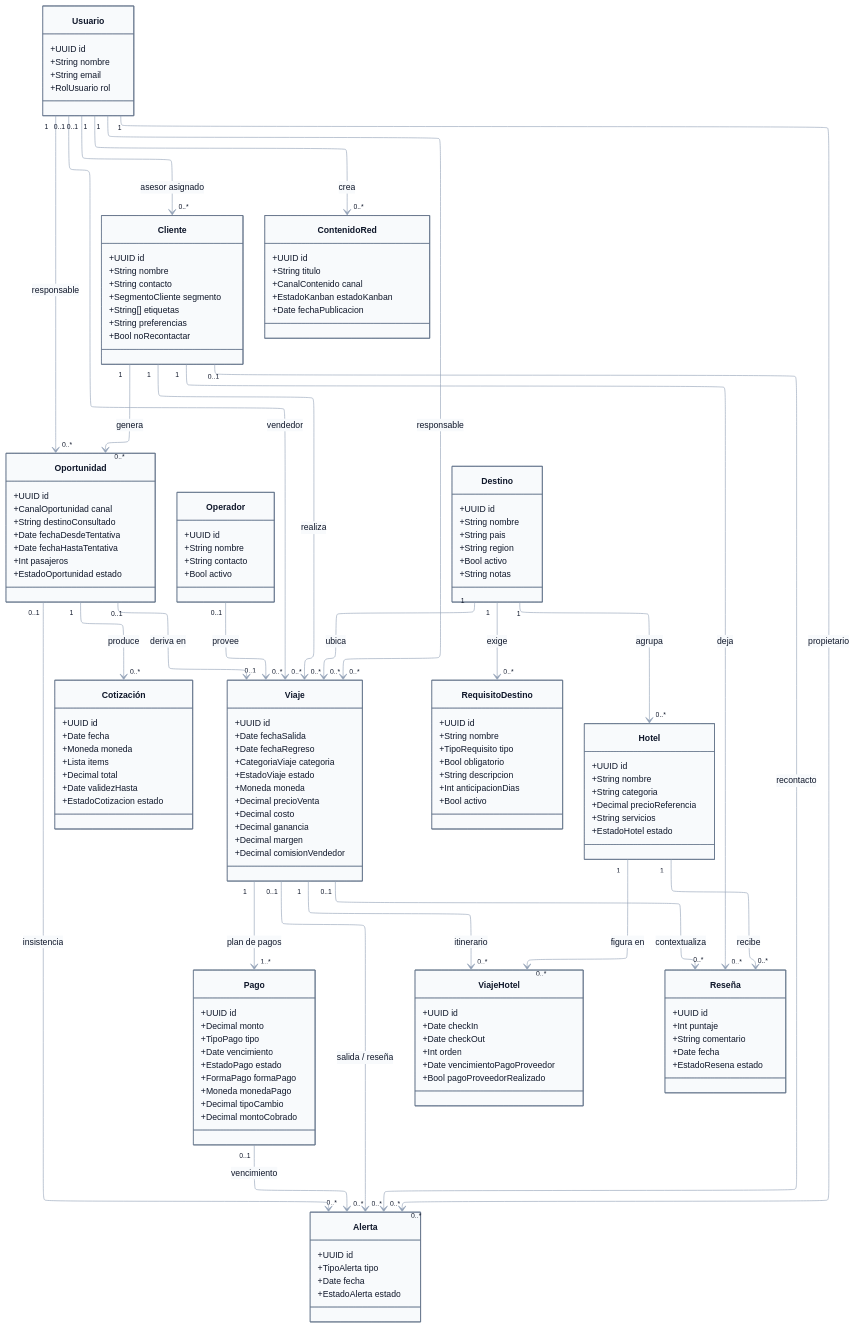
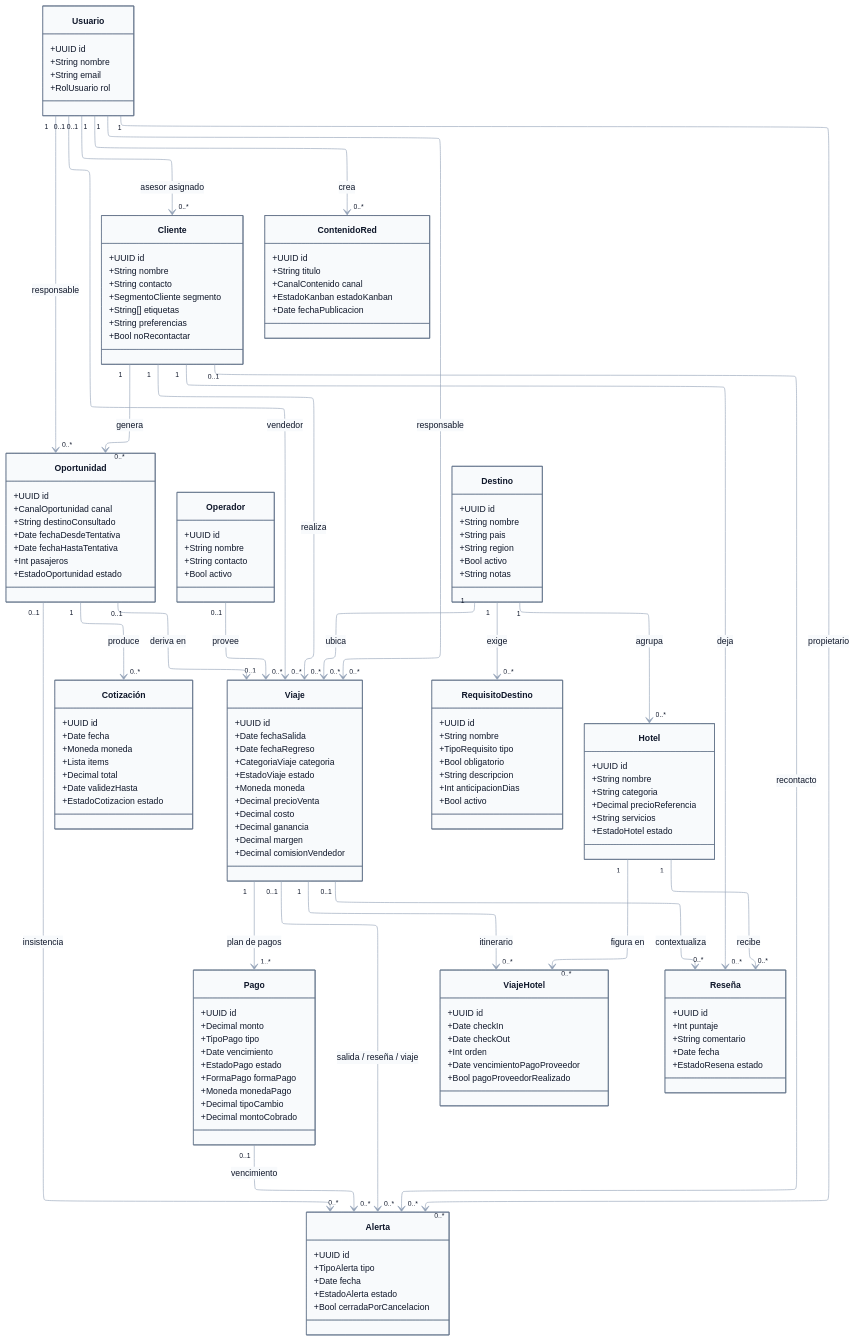
The first of 4 diagrams in 03-Dominio/Diagramas/DGM — Diagrama de clases.md (FranLuciano04/Vault-Rumbo), drawn with Mermaid before and after one commit. The commit also changed other lines of this file and 84 other files, not shown here.

```diff
--- a/03-Dominio/Diagramas/DGM — Diagrama de clases.md
+++ b/03-Dominio/Diagramas/DGM — Diagrama de clases.md
@@ -151,6 +152,7 @@
         +TipoAlerta tipo
         +Date fecha
         +EstadoAlerta estado
+        +Bool cerradaPorCancelacion
     }
     class ContenidoRed {
         +UUID id
@@ -189,7 +191,7 @@
     Usuario "1" --> "0..*" ContenidoRed : crea
 
     %% ======== Origen de la alerta ========
-    Viaje "0..1" --> "0..*" Alerta : salida / reseña
+    Viaje "0..1" --> "0..*" Alerta : salida / reseña / viaje
     Pago "0..1" --> "0..*" Alerta : vencimiento
     Oportunidad "0..1" --> "0..*" Alerta : insistencia
     Cliente "0..1" --> "0..*" Alerta : recontacto
```
